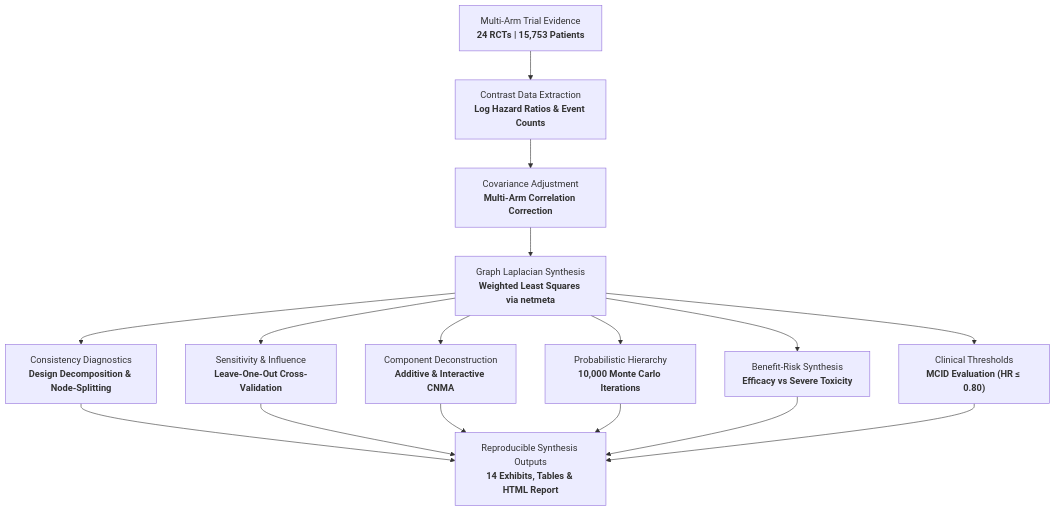
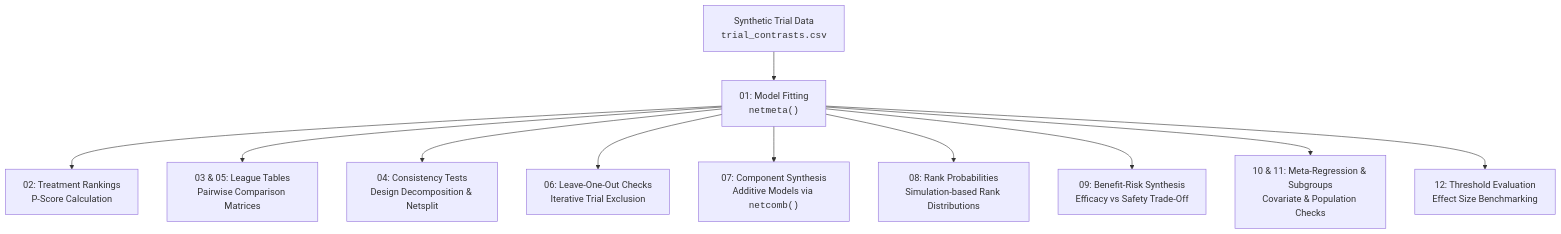
One commit to mohamed-s-diab/nma-evidence-synthesis changed the diagram in README.md. Above: the diagram before and after it, drawn with Mermaid. The commit also changed other lines of this file and 4 other files, not shown here.

First line of the commit message:
docs: simplify documentation, disclose synthetic benchmark data, and remove math theory

````diff
--- a/README.md
+++ b/README.md
@@ -58,13 +81,13 @@
 ```mermaid
 flowchart TD
-    A["Multi-Arm Trial Evidence<br><b>24 RCTs | 15,753 Patients</b>"] --> B["Contrast Data Extraction<br><b>Log Hazard Ratios & Event Counts</b>"]
-    B --> C["Covariance Adjustment<br><b>Multi-Arm Correlation Correction</b>"]
-    C --> D["Graph Laplacian Synthesis<br><b>Weighted Least Squares via netmeta</b>"]
-    D --> E1["Consistency Diagnostics<br><b>Design Decomposition & Node-Splitting</b>"]
-    D --> E2["Sensitivity & Influence<br><b>Leave-One-Out Cross-Validation</b>"]
-    D --> E3["Component Deconstruction<br><b>Additive & Interactive CNMA</b>"]
-    D --> E4["Probabilistic Hierarchy<br><b>10,000 Monte Carlo Iterations</b>"]
-    D --> E5["Benefit-Risk Synthesis<br><b>Efficacy vs Severe Toxicity</b>"]
-    D --> E6["Clinical Thresholds<br><b>MCID Evaluation (HR &le; 0.80)</b>"]
-    E1 & E2 & E3 & E4 & E5 & E6 --> F["Reproducible Synthesis Outputs<br><b>14 Exhibits, Tables & HTML Report</b>"]
+    A["Synthetic Trial Data<br><code>trial_contrasts.csv</code>"] --> B["01: Model Fitting<br><code>netmeta()</code>"]
+    B --> C["02: Treatment Rankings<br>P-Score Calculation"]
+    B --> D["03 & 05: League Tables<br>Pairwise Comparison Matrices"]
+    B --> E["04: Consistency Tests<br>Design Decomposition & Netsplit"]
+    B --> F["06: Leave-One-Out Checks<br>Iterative Trial Exclusion"]
+    B --> G["07: Component Synthesis<br>Additive Models via <code>netcomb()</code>"]
+    B --> H["08: Rank Probabilities<br>Simulation-based Rank Distributions"]
+    B --> I["09: Benefit-Risk Synthesis<br>Efficacy vs Safety Trade-Off"]
+    B --> J["10 & 11: Meta-Regression & Subgroups<br>Covariate & Population Checks"]
+    B --> K["12: Threshold Evaluation<br>Effect Size Benchmarking"]
 ```
````
